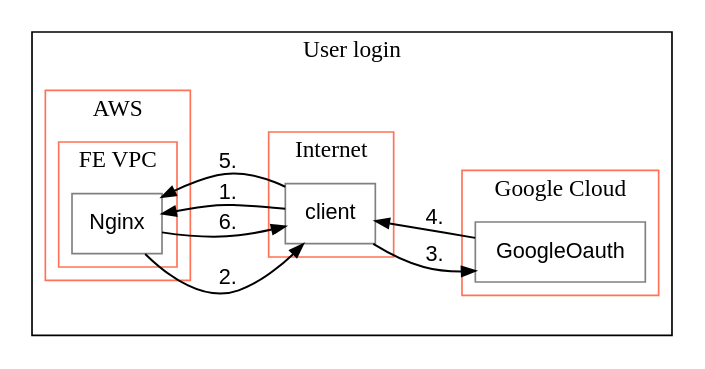
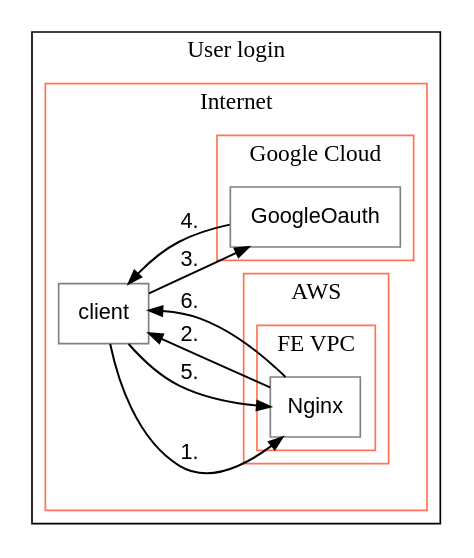
One commit to hyakuhei/ltm changed the diagram in examples/output/User login.dot. Above: the diagram before and after it, drawn with Graphviz. The commit also changed 12 other files, not shown here.

Commit message:
Adding support for descriptions in ltm and for rendering tables of these descriptions in the arch diagrams generated by jtg

```diff
--- a/examples/output/User login.dot
+++ b/examples/output/User login.dot
@@ -1,33 +1,33 @@
 digraph G {
 compound=true;
 rankdir="LR"
     subgraph cluster1 {
     label="User login";
     color="Black";
         subgraph cluster2 {
-        label="AWS";
-        color="Coral1";
-            subgraph cluster3 {
-            label="FE VPC";
-            color="Coral1";
-                node4 [label="Nginx" shape="box", margin="0.1", color="Grey", fontsize="13", fontname="Helvetica"];
-            }
-        }
-        subgraph cluster5 {
         label="Internet";
         color="Coral1";
             node6 [label="client" shape="box", margin="0.1", color="Grey", fontsize="13", fontname="Helvetica"];
-        }
-        subgraph cluster7 {
-        label="Google Cloud";
-        color="Coral1";
-            node8 [label="GoogleOauth" shape="box", margin="0.1", color="Grey", fontsize="13", fontname="Helvetica"];
+            subgraph cluster3 {
+            label="AWS";
+            color="Coral1";
+                subgraph cluster4 {
+                label="FE VPC";
+                color="Coral1";
+                    node5 [label="Nginx" shape="box", margin="0.1", color="Grey", fontsize="13", fontname="Helvetica"];
+                }
+            }
+            subgraph cluster7 {
+            label="Google Cloud";
+            color="Coral1";
+                node8 [label="GoogleOauth" shape="box", margin="0.1", color="Grey", fontsize="13", fontname="Helvetica"];
+            }
         }
     }
-node6->node4 [label="1." fontsize="13", penwidth="1.2", arrowsize="0.8", fontname="Helvetica"];
-node4->node6 [label="2." fontsize="13", penwidth="1.2", arrowsize="0.8", fontname="Helvetica"];
+node6->node5 [label="1." fontsize="13", penwidth="1.2", arrowsize="0.8", fontname="Helvetica"];
+node5->node6 [label="2." fontsize="13", penwidth="1.2", arrowsize="0.8", fontname="Helvetica"];
 node6->node8 [label="3." fontsize="13", penwidth="1.2", arrowsize="0.8", fontname="Helvetica"];
 node8->node6 [label="4." fontsize="13", penwidth="1.2", arrowsize="0.8", fontname="Helvetica"];
-node6->node4 [label="5." fontsize="13", penwidth="1.2", arrowsize="0.8", fontname="Helvetica"];
-node4->node6 [label="6." fontsize="13", penwidth="1.2", arrowsize="0.8", fontname="Helvetica"];
+node6->node5 [label="5." fontsize="13", penwidth="1.2", arrowsize="0.8", fontname="Helvetica"];
+node5->node6 [label="6." fontsize="13", penwidth="1.2", arrowsize="0.8", fontname="Helvetica"];
 }
```
